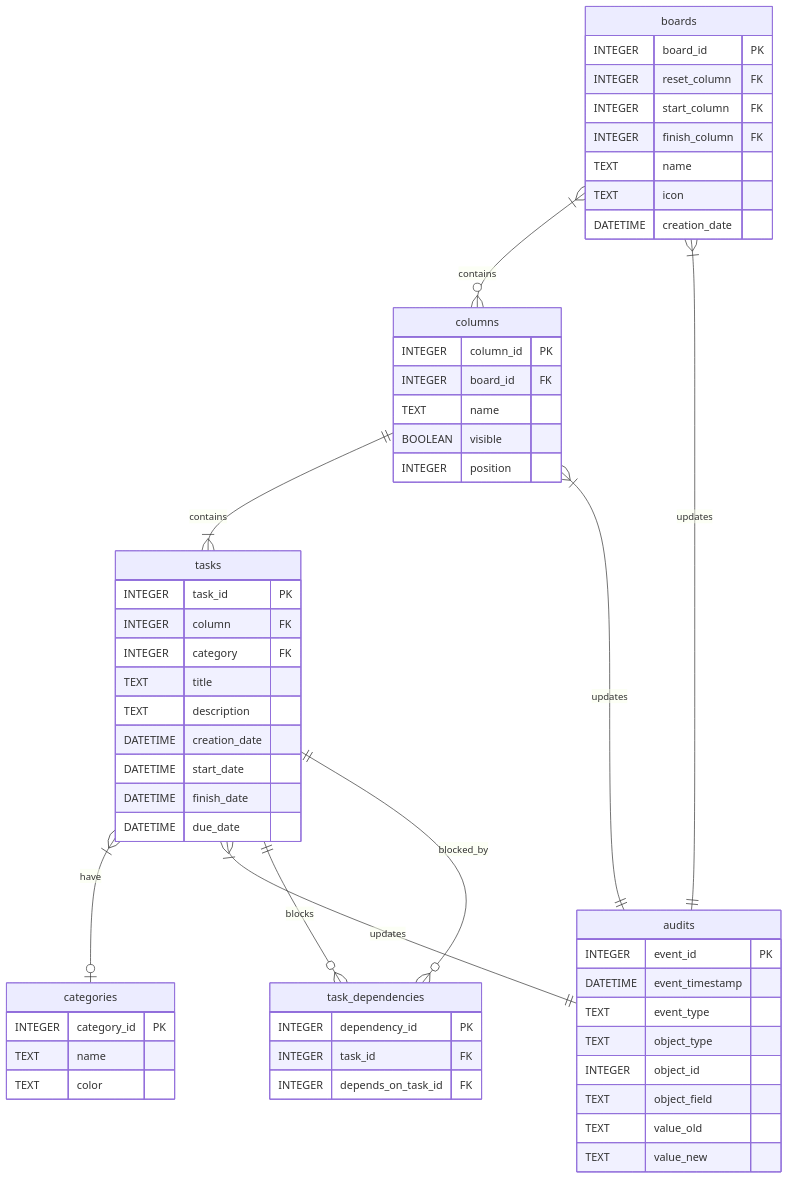
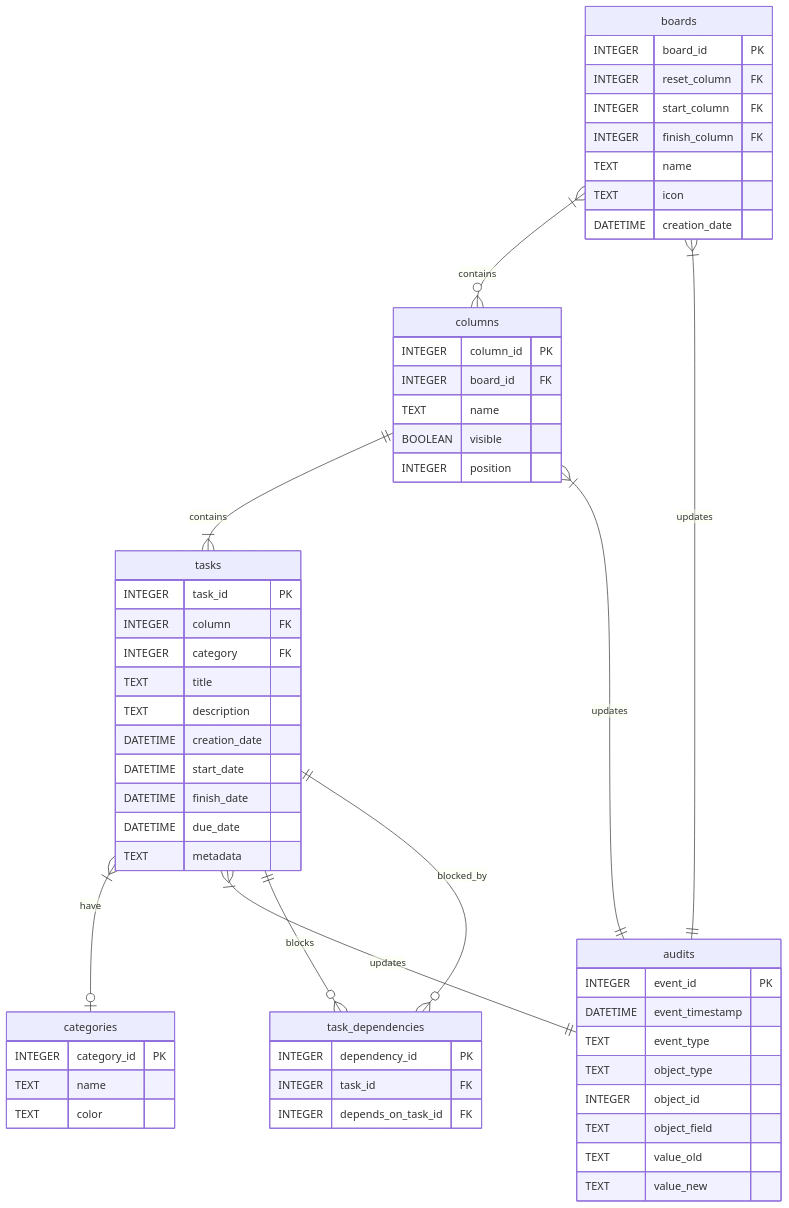
One commit to Zaloog/kanban-tui changed the diagram in README.md. Above: the diagram before and after it, drawn with Mermaid. The commit also changed other lines of this file, not shown here.

````diff
--- a/README.md
+++ b/README.md
@@ -77,58 +75,59 @@
 ```mermaid
 erDiagram
     tasks }|--o| categories: have
     tasks }|--|| audits: updates
     tasks ||--o{ task_dependencies: "blocks"
     tasks ||--o{ task_dependencies: "blocked_by"
     tasks {
         INTEGER task_id PK
         INTEGER column FK
         INTEGER category FK
         TEXT title
         TEXT description
         DATETIME creation_date
         DATETIME start_date
         DATETIME finish_date
         DATETIME due_date
+        TEXT metadata
     }
     task_dependencies {
         INTEGER dependency_id PK
         INTEGER task_id FK
         INTEGER depends_on_task_id FK
     }
     boards }|--o{ columns: contains
     boards }|--|| audits: updates
     boards {
         INTEGER board_id PK
         INTEGER reset_column FK
         INTEGER start_column FK
         INTEGER finish_column FK
         TEXT name
         TEXT icon
         DATETIME creation_date
     }
     columns ||--|{ tasks: contains
     columns }|--|| audits: updates
     columns {
         INTEGER column_id PK
         INTEGER board_id FK
         TEXT name
         BOOLEAN visible
         INTEGER position
     }
     categories {
         INTEGER category_id PK
         TEXT name
         TEXT color
     }
     audits {
         INTEGER event_id PK
         DATETIME event_timestamp
         TEXT event_type
         TEXT object_type
         INTEGER object_id
         TEXT object_field
         TEXT value_old
         TEXT value_new
     }
 ```
````
